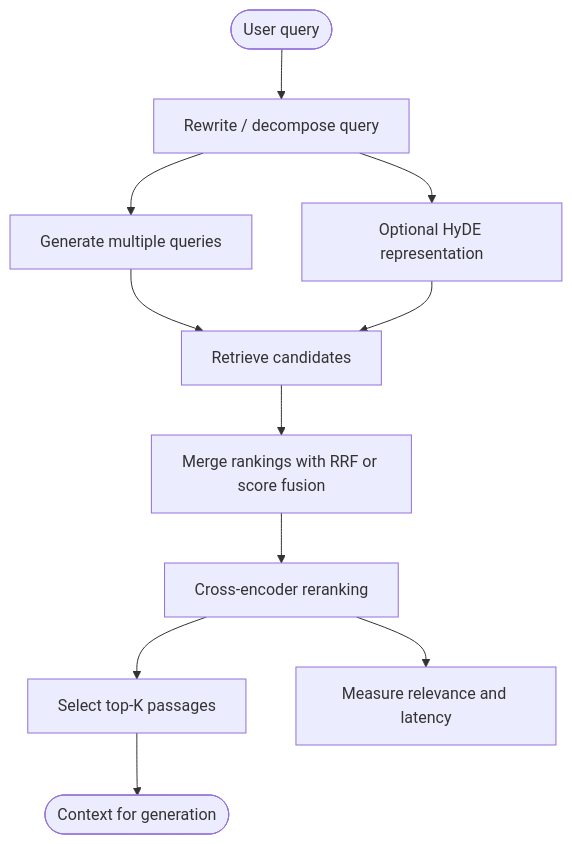
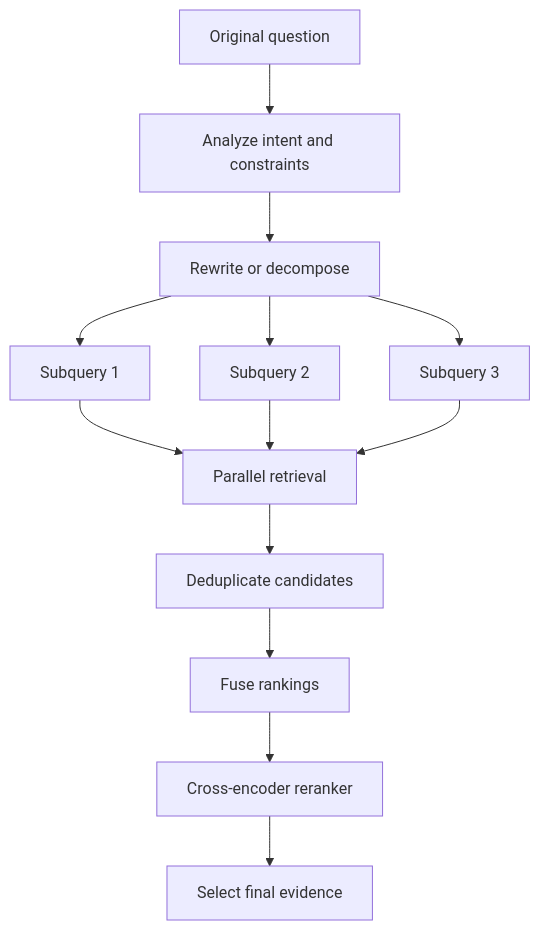
One commit to codergirl73/agentic-ai-system-design changed the first of 4 diagrams in MODULE_5_ADVANCED_RETRIEVAL.md. Above: the diagram before and after it, drawn with Mermaid. The commit also changed other lines of this file, not shown here.

````diff
--- a/MODULE_5_ADVANCED_RETRIEVAL.md
+++ b/MODULE_5_ADVANCED_RETRIEVAL.md
@@ -9,13 +28,15 @@
-```mermaid
+~~~mermaid
 flowchart TD
-    Q([User query]) --> A[Rewrite / decompose query]
-    A --> B[Generate multiple queries]
-    A --> H[Optional HyDE representation]
-    B --> R[Retrieve candidates]
-    H --> R
-    R --> F[Merge rankings with RRF or score fusion]
-    F --> X[Cross-encoder reranking]
-    X --> K[Select top-K passages]
-    K --> C([Context for generation])
-    X --> M[Measure relevance and latency]
-```
+    Q["Original question"] --> A["Analyze intent and constraints"]
+    A --> D["Rewrite or decompose"]
+    D --> Q1["Subquery 1"]
+    D --> Q2["Subquery 2"]
+    D --> Q3["Subquery 3"]
+    Q1 --> R["Parallel retrieval"]
+    Q2 --> R
+    Q3 --> R
+    R --> U["Deduplicate candidates"]
+    U --> F["Fuse rankings"]
+    F --> X["Cross-encoder reranker"]
+    X --> K["Select final evidence"]
+~~~
````
